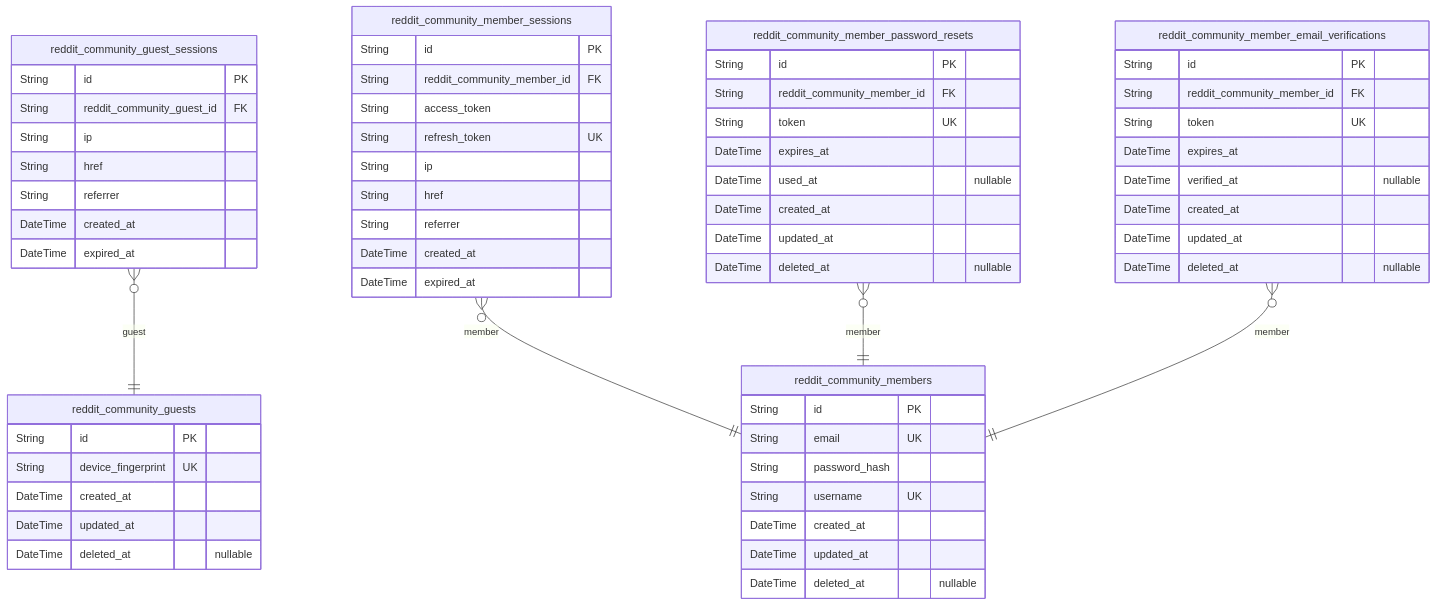
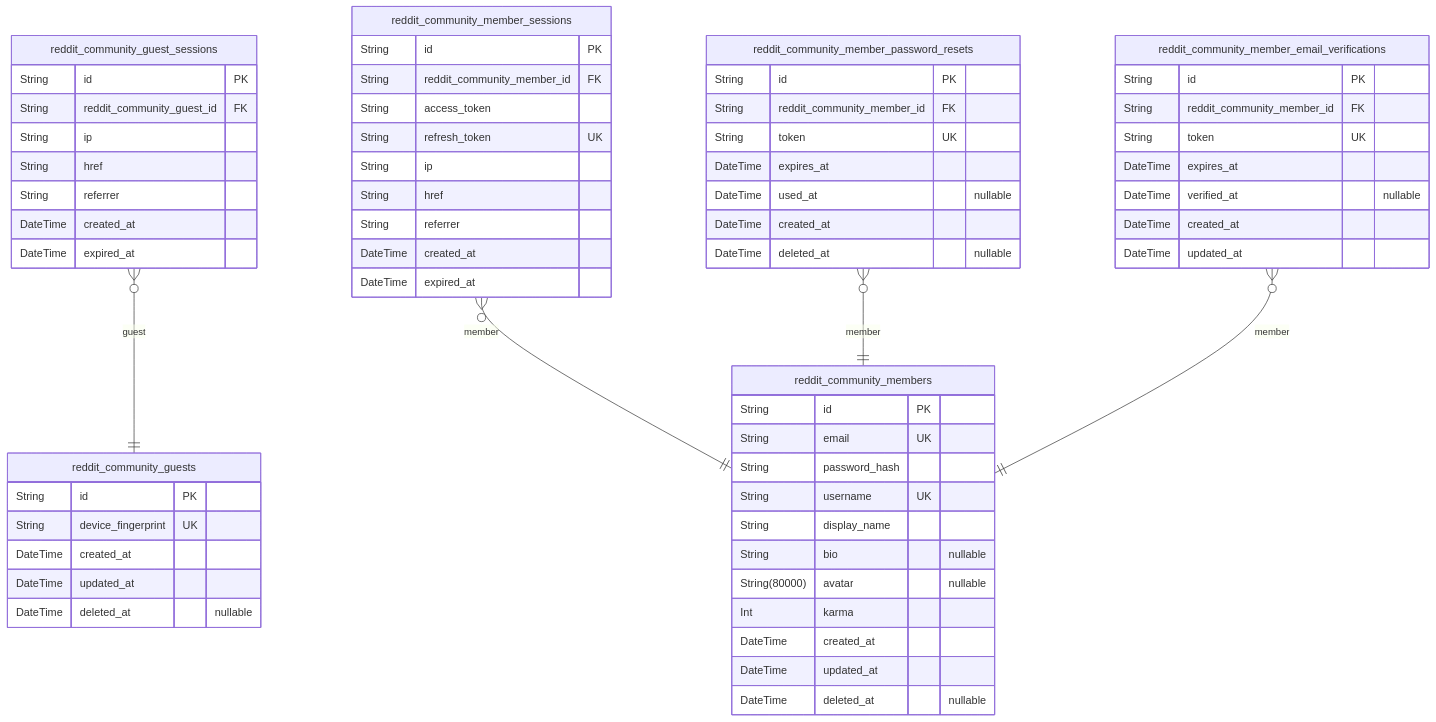
The first of 2 diagrams in qwen/qwen3.5-397b-a17b/reddit/docs/ERD.md (wrtnlabs/autobe-examples), drawn with Mermaid before and after one commit. The commit also changed other lines of this file and 32093 other files, not shown here.

````diff
--- a/qwen/qwen3.5-397b-a17b/reddit/docs/ERD.md
+++ b/qwen/qwen3.5-397b-a17b/reddit/docs/ERD.md
@@ -14,63 +10,65 @@
 ```mermaid
 erDiagram
 "reddit_community_guests" {
   String id PK
   String device_fingerprint UK
   DateTime created_at
   DateTime updated_at
   DateTime deleted_at "nullable"
 }
 "reddit_community_guest_sessions" {
   String id PK
   String reddit_community_guest_id FK
   String ip
   String href
   String referrer
   DateTime created_at
   DateTime expired_at
 }
 "reddit_community_members" {
   String id PK
   String email UK
   String password_hash
   String username UK
+  String display_name
+  String bio "nullable"
+  String(80000) avatar "nullable"
+  Int karma
   DateTime created_at
   DateTime updated_at
   DateTime deleted_at "nullable"
 }
 "reddit_community_member_sessions" {
   String id PK
   String reddit_community_member_id FK
   String access_token
   String refresh_token UK
   String ip
   String href
   String referrer
   DateTime created_at
   DateTime expired_at
 }
 "reddit_community_member_password_resets" {
   String id PK
   String reddit_community_member_id FK
   String token UK
   DateTime expires_at
   DateTime used_at "nullable"
   DateTime created_at
-  DateTime updated_at
   DateTime deleted_at "nullable"
 }
 "reddit_community_member_email_verifications" {
   String id PK
   String reddit_community_member_id FK
   String token UK
   DateTime expires_at
   DateTime verified_at "nullable"
   DateTime created_at
   DateTime updated_at
-  DateTime deleted_at "nullable"
 }
 "reddit_community_guest_sessions" }o--|| "reddit_community_guests" : guest
 "reddit_community_member_sessions" }o--|| "reddit_community_members" : member
 "reddit_community_member_password_resets" }o--|| "reddit_community_members" : member
 "reddit_community_member_email_verifications" }o--|| "reddit_community_members" : member
 ```
````
